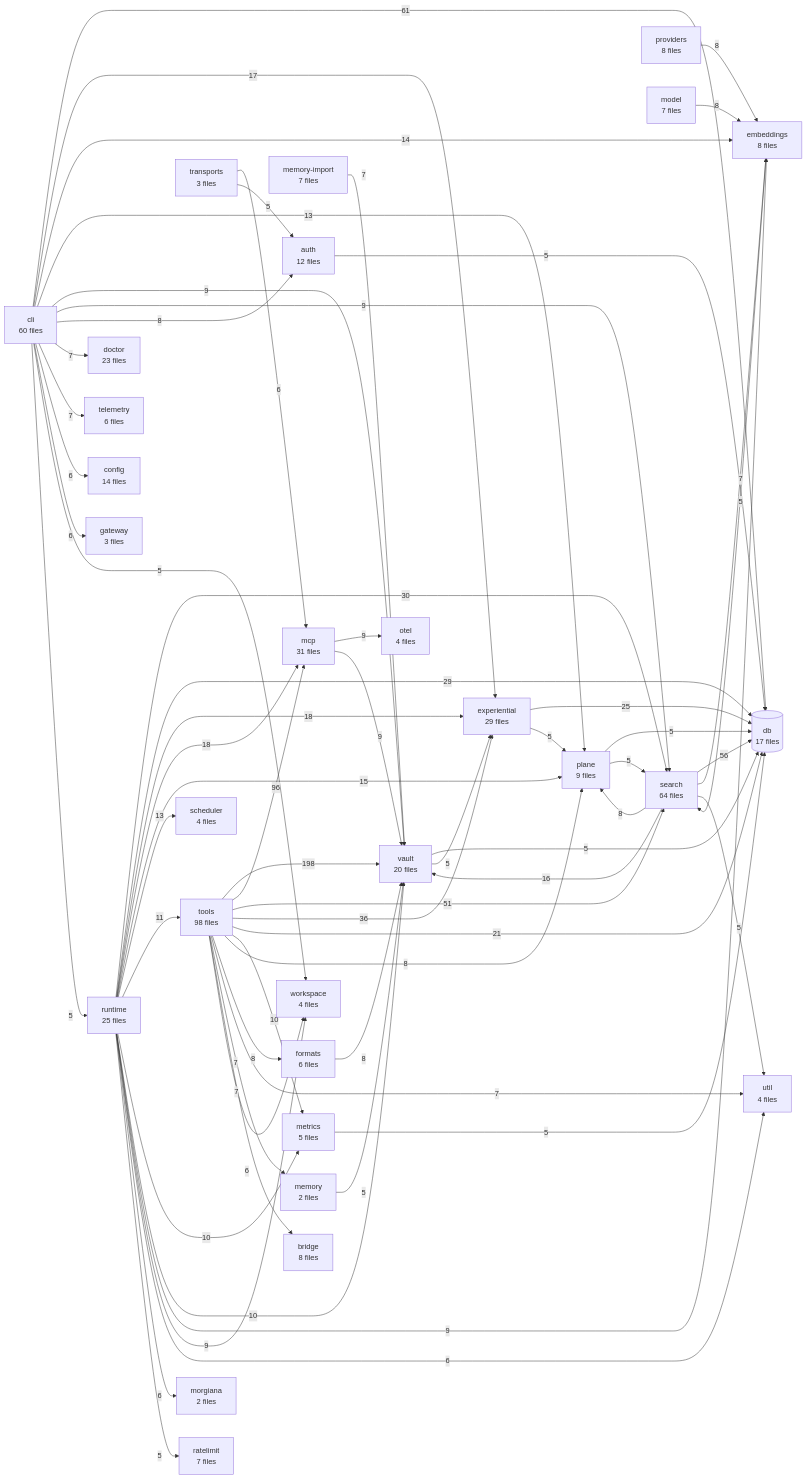
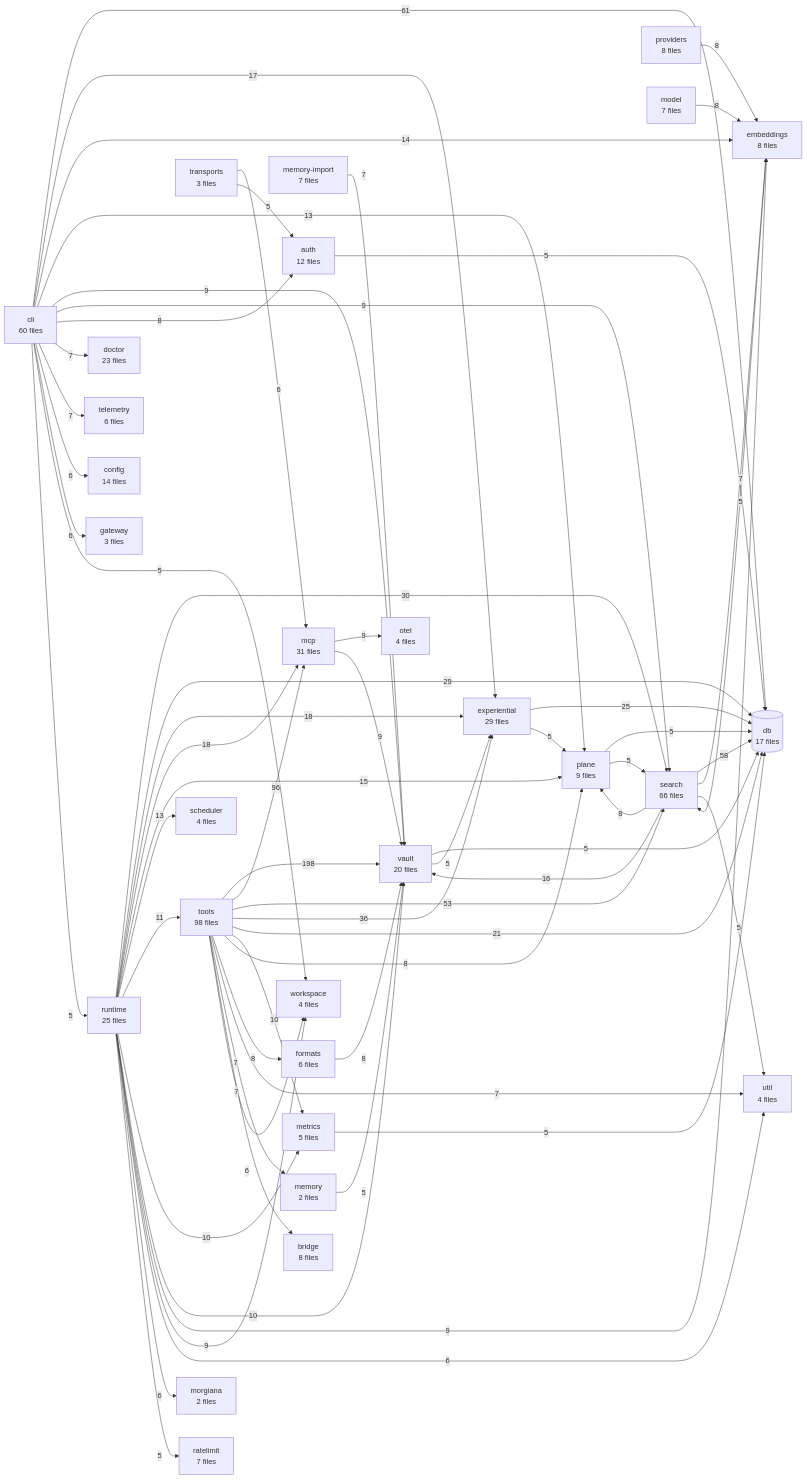
The diagram in TREE.md (The-40-Thieves/obsidian-tc), drawn with Mermaid before and after one commit. The commit also changed other lines of this file and 2 other files, not shown here.

````diff
--- a/TREE.md
+++ b/TREE.md
@@ -329,7 +329,7 @@
 ```mermaid
 flowchart LR
   tools[tools<br/>98 files]
-  search[search<br/>64 files]
+  search[search<br/>66 files]
   cli[cli<br/>60 files]
   mcp[mcp<br/>31 files]
   experiential[experiential<br/>29 files]
@@ -361,8 +361,8 @@
   tools -->|198| vault
   tools -->|96| mcp
   cli -->|61| db
-  search -->|56| db
-  tools -->|51| search
+  search -->|58| db
+  tools -->|53| search
   tools -->|36| experiential
   runtime -->|30| search
   runtime -->|29| db
````
